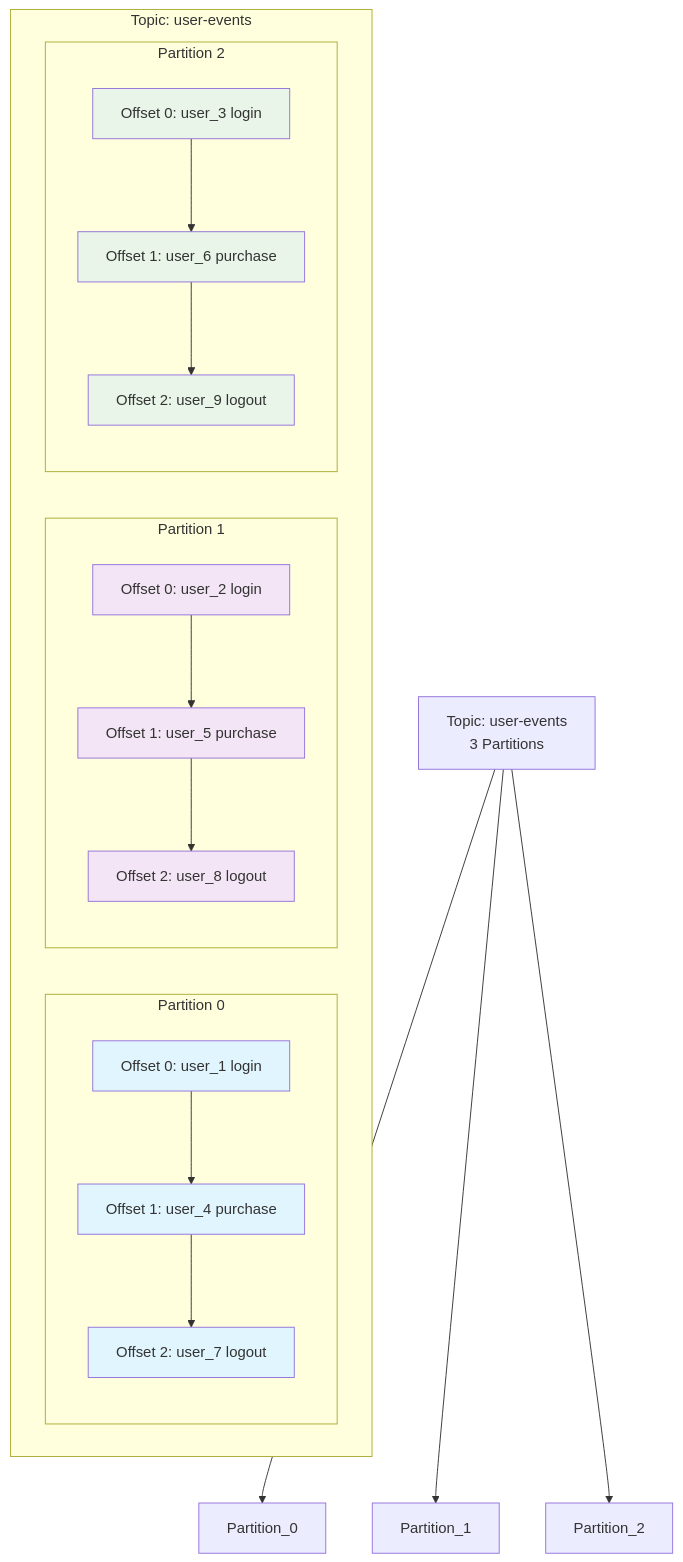
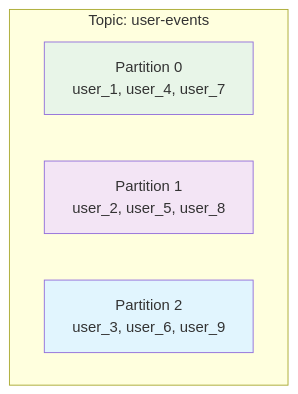
One commit to girijesh-ai/kafka-expert-bootcamp changed the second of 5 diagrams in week-1-fundamentals/theory/01-kafka-architecture.md. Above: the diagram before and after it, drawn with Mermaid. The commit also changed other lines of this file, not shown here.

Commit message:
Fixed theory content: balanced written explanations with simple diagrams

````diff
--- a/week-1-fundamentals/theory/01-kafka-architecture.md
+++ b/week-1-fundamentals/theory/01-kafka-architecture.md
@@ -98,39 +40,12 @@
 ```mermaid
 graph TD
     subgraph "Topic: user-events"
-        subgraph "Partition 0"
-            P0_0[Offset 0: user_1 login]
-            P0_1[Offset 1: user_4 purchase]
-            P0_2[Offset 2: user_7 logout]
-            P0_0 --> P0_1 --> P0_2
-        end
-
-        subgraph "Partition 1"
-            P1_0[Offset 0: user_2 login]
-            P1_1[Offset 1: user_5 purchase]
-            P1_2[Offset 2: user_8 logout]
-            P1_0 --> P1_1 --> P1_2
-        end
-
-        subgraph "Partition 2"
-            P2_0[Offset 0: user_3 login]
-            P2_1[Offset 1: user_6 purchase]
-            P2_2[Offset 2: user_9 logout]
-            P2_0 --> P2_1 --> P2_2
-        end
+        P0[Partition 0<br/>user_1, user_4, user_7]
+        P1[Partition 1<br/>user_2, user_5, user_8]
+        P2[Partition 2<br/>user_3, user_6, user_9]
     end
 
-    TOPIC[Topic: user-events<br/>3 Partitions] --> Partition_0
-    TOPIC --> Partition_1
-    TOPIC --> Partition_2
-
-    style P0_0 fill:#e1f5fe
-    style P0_1 fill:#e1f5fe
-    style P0_2 fill:#e1f5fe
-    style P1_0 fill:#f3e5f5
-    style P1_1 fill:#f3e5f5
-    style P1_2 fill:#f3e5f5
-    style P2_0 fill:#e8f5e8
-    style P2_1 fill:#e8f5e8
-    style P2_2 fill:#e8f5e8
+    style P0 fill:#e8f5e8
+    style P1 fill:#f3e5f5
+    style P2 fill:#e1f5fe
 ```
````
